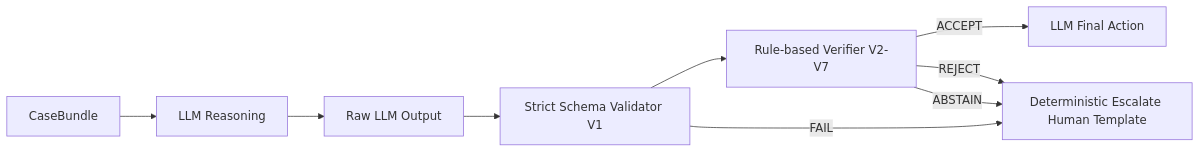
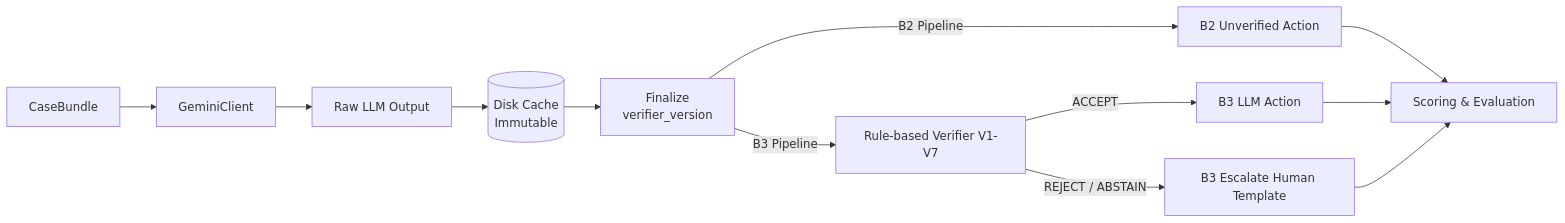
Before and after one commit to ROSRAR20/recon-agent: the diagram in docs/verifier.md, drawn with Mermaid. The commit also changed other lines of this file and 14 other files, not shown here.

````diff
--- a/docs/verifier.md
+++ b/docs/verifier.md
@@ -11,11 +11,14 @@
 ```mermaid
 flowchart LR
-    A[CaseBundle] --> B[LLM Reasoning]
+    A[CaseBundle] --> B[GeminiClient]
     B --> C[Raw LLM Output]
-    C --> D[Strict Schema Validator V1]
-    D --> E[Rule-based Verifier V2-V7]
-    E -->|ACCEPT| F[LLM Final Action]
-    E -->|REJECT| G[Deterministic Escalate Human Template]
-    E -->|ABSTAIN| G
-    D -->|FAIL| G
+    C --> D[(Disk Cache\nImmutable)]
+    D --> E[Finalize\nverifier_version]
+    E -->|B2 Pipeline| F[B2 Unverified Action]
+    E -->|B3 Pipeline| G[Rule-based Verifier V1-V7]
+    G -->|ACCEPT| H[B3 LLM Action]
+    G -->|REJECT / ABSTAIN| I[B3 Escalate Human Template]
+    F --> J[Scoring & Evaluation]
+    H --> J
+    I --> J
 ```
````
